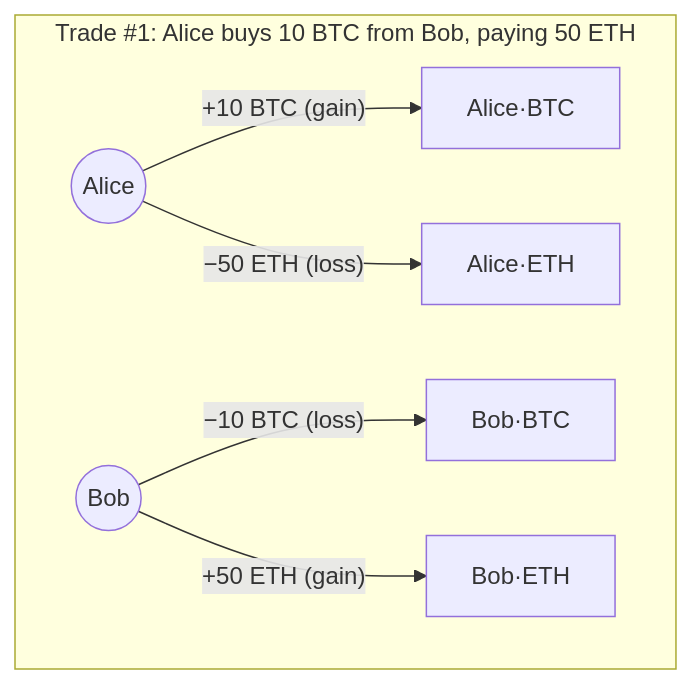
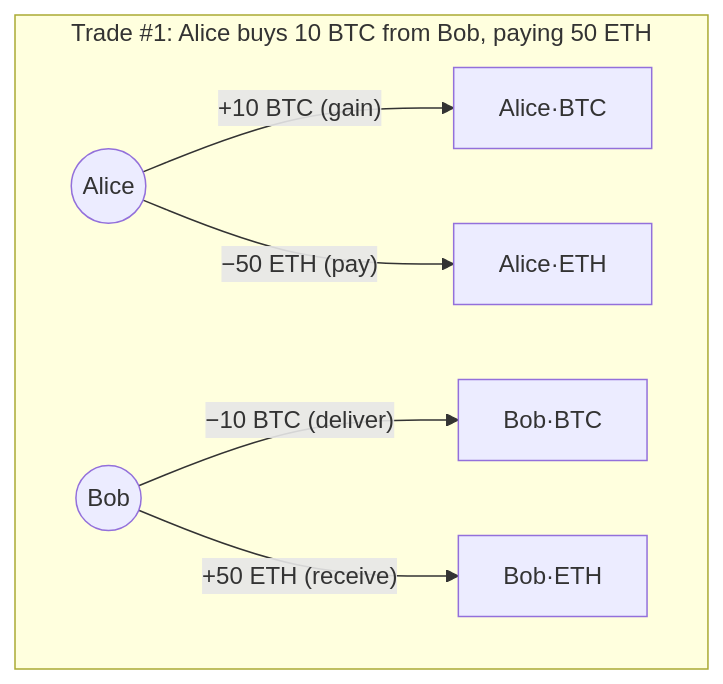
The second of 9 diagrams in confluence.md (induwarabas/net-settlement), drawn with Mermaid before and after one commit. The commit also changed other lines of this file, not shown here.

````diff
--- a/confluence.md
+++ b/confluence.md
@@ -156,12 +326,12 @@
 ```mermaid
 flowchart LR
     subgraph T[" Trade #1: Alice buys 10 BTC from Bob, paying 50 ETH "]
         direction LR
         Alice((Alice))
         Bob((Bob))
         Alice -- "+10 BTC (gain)" --> ABT[Alice·BTC]
-        Alice -- "−50 ETH (loss)" --> AET[Alice·ETH]
-        Bob   -- "−10 BTC (loss)" --> BBT[Bob·BTC]
-        Bob   -- "+50 ETH (gain)" --> BET[Bob·ETH]
+        Alice -- "−50 ETH (pay)"  --> AET[Alice·ETH]
+        Bob   -- "−10 BTC (deliver)" --> BBT[Bob·BTC]
+        Bob   -- "+50 ETH (receive)" --> BET[Bob·ETH]
     end
 ```
````
